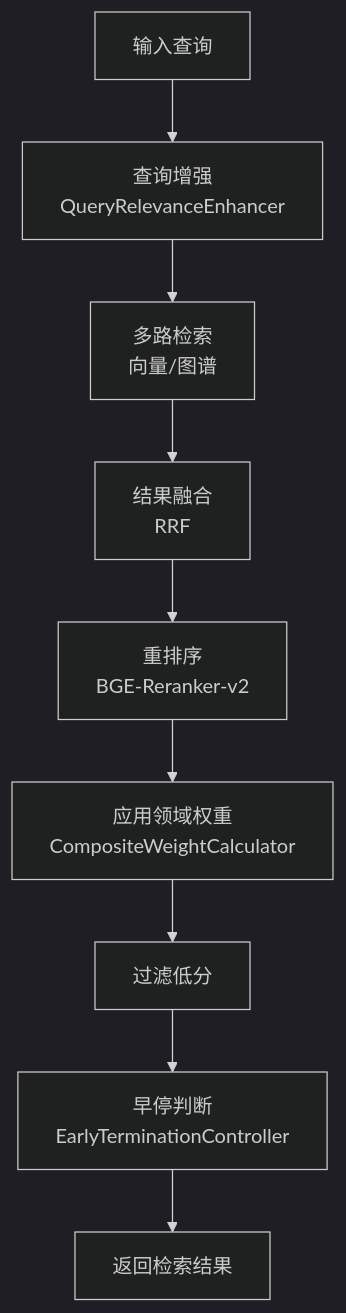
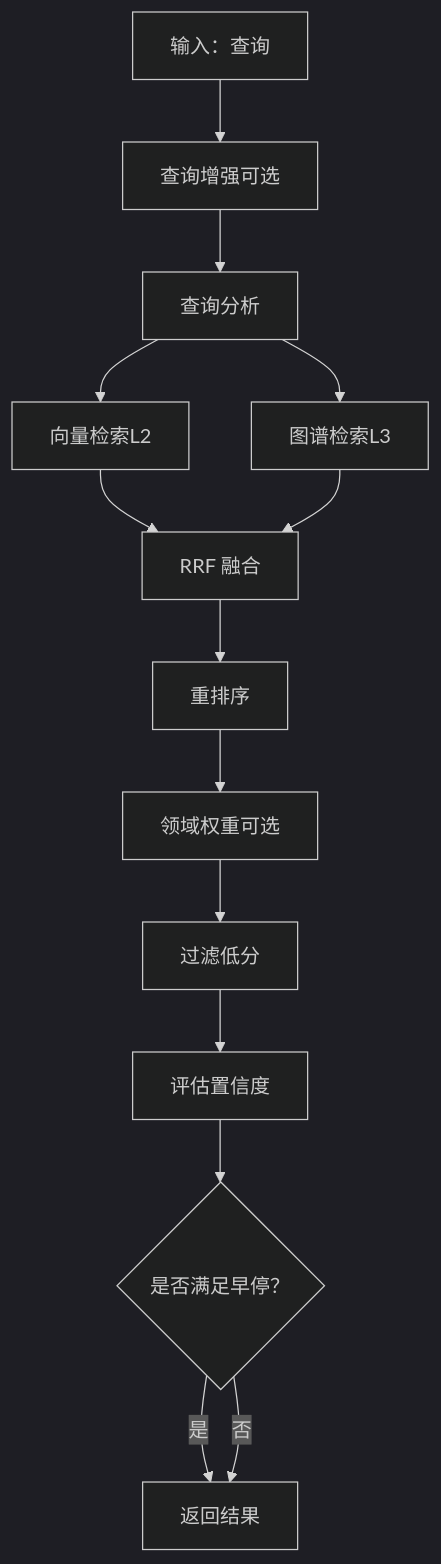
The fifth of 8 diagrams in .qoder/repowiki/zh/content/项目概述/技术架构概览.md (JieGaoPrinceton/NecoRAG), drawn with Mermaid (dark theme) before and after one commit. The commit also changed other lines of this file and 222 other files, not shown here.

````diff
--- a/.qoder/repowiki/zh/content/项目概述/技术架构概览.md
+++ b/.qoder/repowiki/zh/content/项目概述/技术架构概览.md
@@ -204,11 +242,16 @@
 ```mermaid
 flowchart TD
-Q["输入查询"] --> QE["查询增强<br/>QueryRelevanceEnhancer"]
-QE --> MR["多路检索<br/>向量/图谱"]
-MR --> FR["结果融合<br/>RRF"]
-FR --> RR["重排序<br/>BGE-Reranker-v2"]
-RR --> DW["应用领域权重<br/>CompositeWeightCalculator"]
-DW --> Filter["过滤低分"]
-Filter --> ET["早停判断<br/>EarlyTerminationController"]
-ET --> Out["返回检索结果"]
+Q["输入：查询"] --> Enhance["查询增强可选"]
+Enhance --> Analyze["查询分析"]
+Analyze --> Vector["向量检索L2"]
+Analyze --> Graph["图谱检索L3"]
+Vector --> Fusion["RRF 融合"]
+Graph --> Fusion
+Fusion --> Rerank["重排序"]
+Rerank --> Domain["领域权重可选"]
+Domain --> Filter["过滤低分"]
+Filter --> Conf["评估置信度"]
+Conf --> Terminate{"是否满足早停？"}
+Terminate --> |是| Return["返回结果"]
+Terminate --> |否| Return
 ```
````
